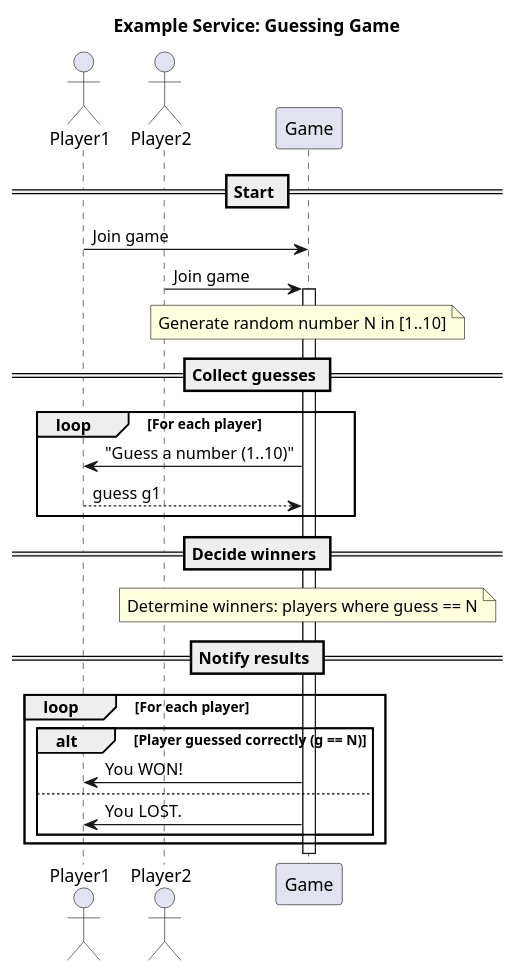
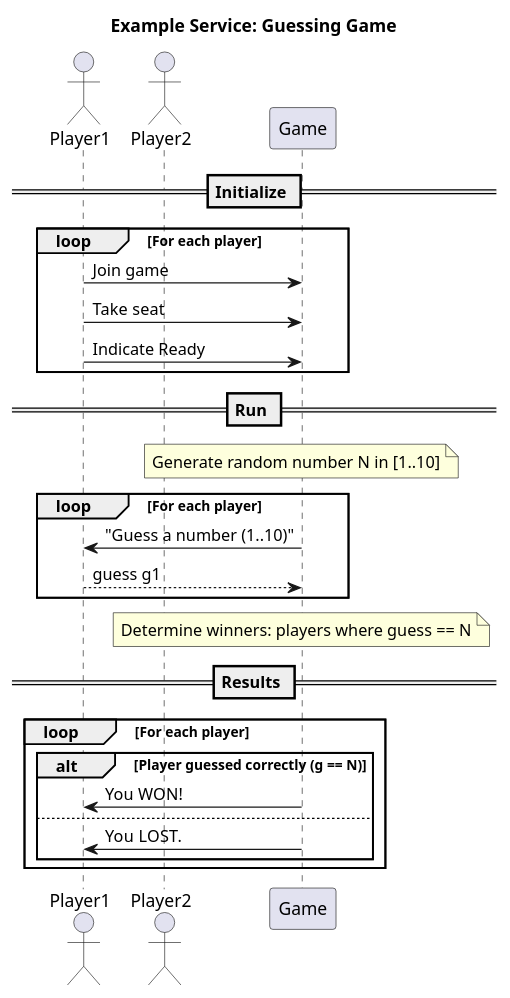
The fourth of 4 diagrams in README.md (hawryschuk/terminals), drawn with PlantUML before and after one commit. The commit also changed other lines of this file and 10 other files, not shown here.

````diff
--- a/README.md
+++ b/README.md
@@ -222,39 +222,41 @@
 ```plantuml
 @startuml
 title Example Service: Guessing Game
 
 actor Player1
 actor Player2
 participant Game
 
-== Start ==
-Player1 -> Game: Join game
-Player2 -> Game: Join game
-activate Game
+== Initialize ==
+loop For each player
+    Player1 -> Game: Join game
+    Player1 -> Game: Take seat
+    Player1 -> Game: Indicate Ready
+end
+
+== Run ==
 note over Game
   Generate random number N in [1..10]
 end note
 
-== Collect guesses ==
 loop For each player
   Game -> Player1: "Guess a number (1..10)"
   Player1 --> Game: guess g1
 end
 
-== Decide winners ==
 note over Game
   Determine winners: players where guess == N
 end note
 
-== Notify results ==
+== Results ==
 loop For each player
   alt Player guessed correctly (g == N)
     Game -> Player1: You WON!
   else
     Game -> Player1: You LOST.
   end
 end
 
 @enduml
 
 ```
````
